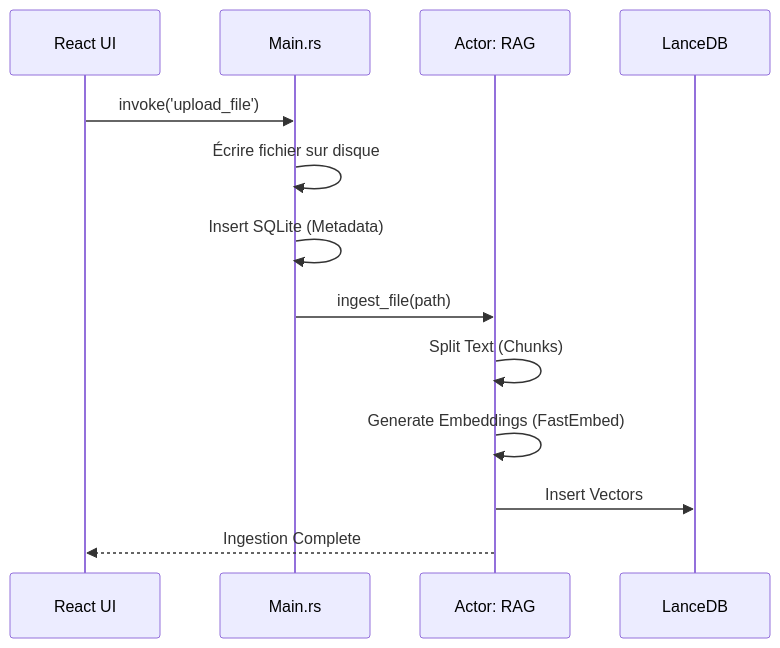
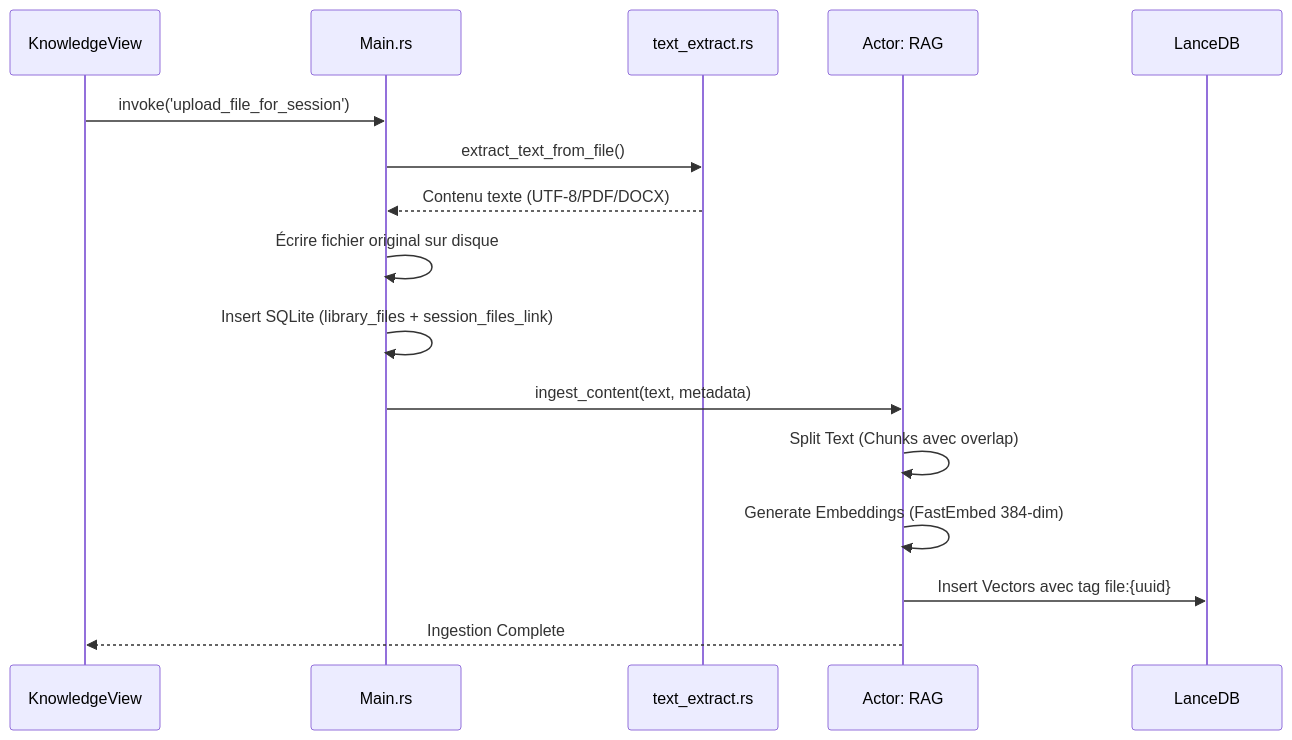
Before and after one commit to WhytcardAI/Whytchat: the fourth of 5 diagrams in Doc/PROCESSUS.md, drawn with Mermaid. The commit also changed other lines of this file and 67 other files, not shown here.

````diff
--- a/Doc/PROCESSUS.md
+++ b/Doc/PROCESSUS.md
@@ -85,17 +85,20 @@
 ```mermaid
 sequenceDiagram
-    participant UI as React UI
+    participant UI as KnowledgeView
     participant Main as Main.rs
+    participant Extract as text_extract.rs
     participant RAG as Actor: RAG
     participant VectorDB as LanceDB
 
-    UI->>Main: invoke('upload_file')
-    Main->>Main: Écrire fichier sur disque
-    Main->>Main: Insert SQLite (Metadata)
-    Main->>RAG: ingest_file(path)
-    
-    RAG->>RAG: Split Text (Chunks)
-    RAG->>RAG: Generate Embeddings (FastEmbed)
-    RAG->>VectorDB: Insert Vectors
+    UI->>Main: invoke('upload_file_for_session')
+    Main->>Extract: extract_text_from_file()
+    Extract-->>Main: Contenu texte (UTF-8/PDF/DOCX)
+    Main->>Main: Écrire fichier original sur disque
+    Main->>Main: Insert SQLite (library_files + session_files_link)
+    Main->>RAG: ingest_content(text, metadata)
+
+    RAG->>RAG: Split Text (Chunks avec overlap)
+    RAG->>RAG: Generate Embeddings (FastEmbed 384-dim)
+    RAG->>VectorDB: Insert Vectors avec tag file:{uuid}
     RAG-->>UI: Ingestion Complete
 ```
````
